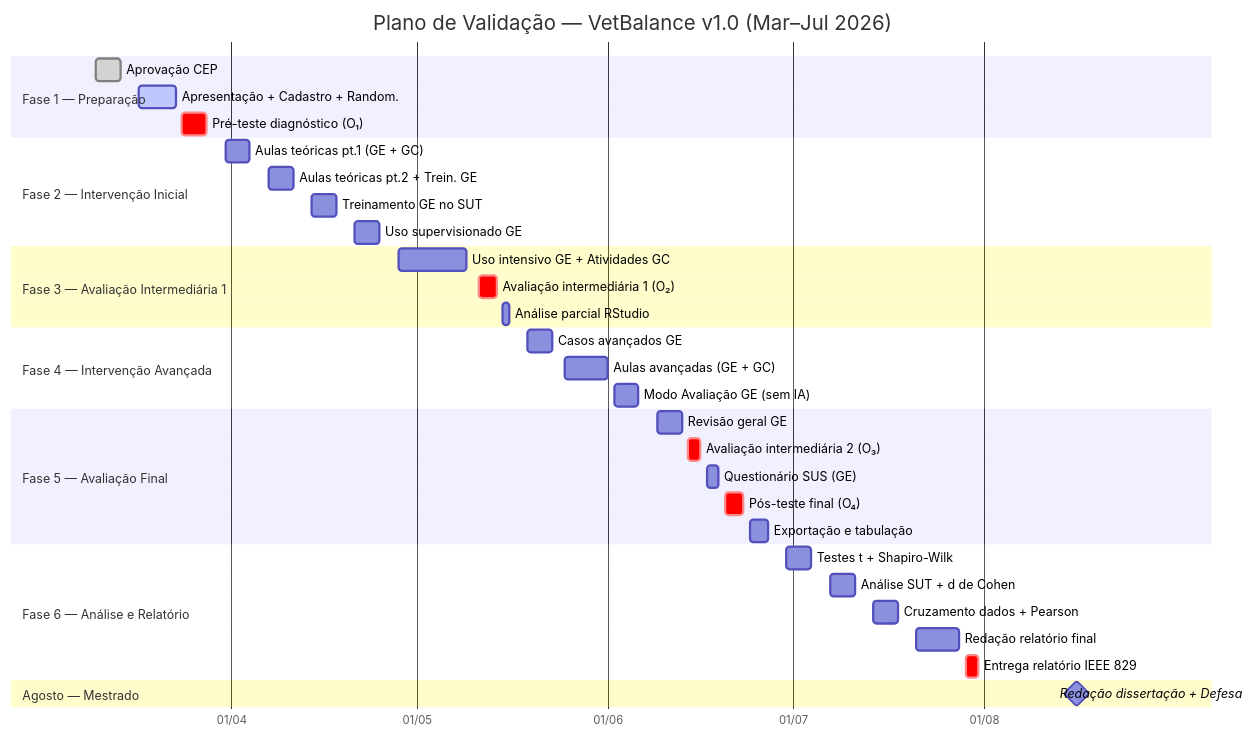
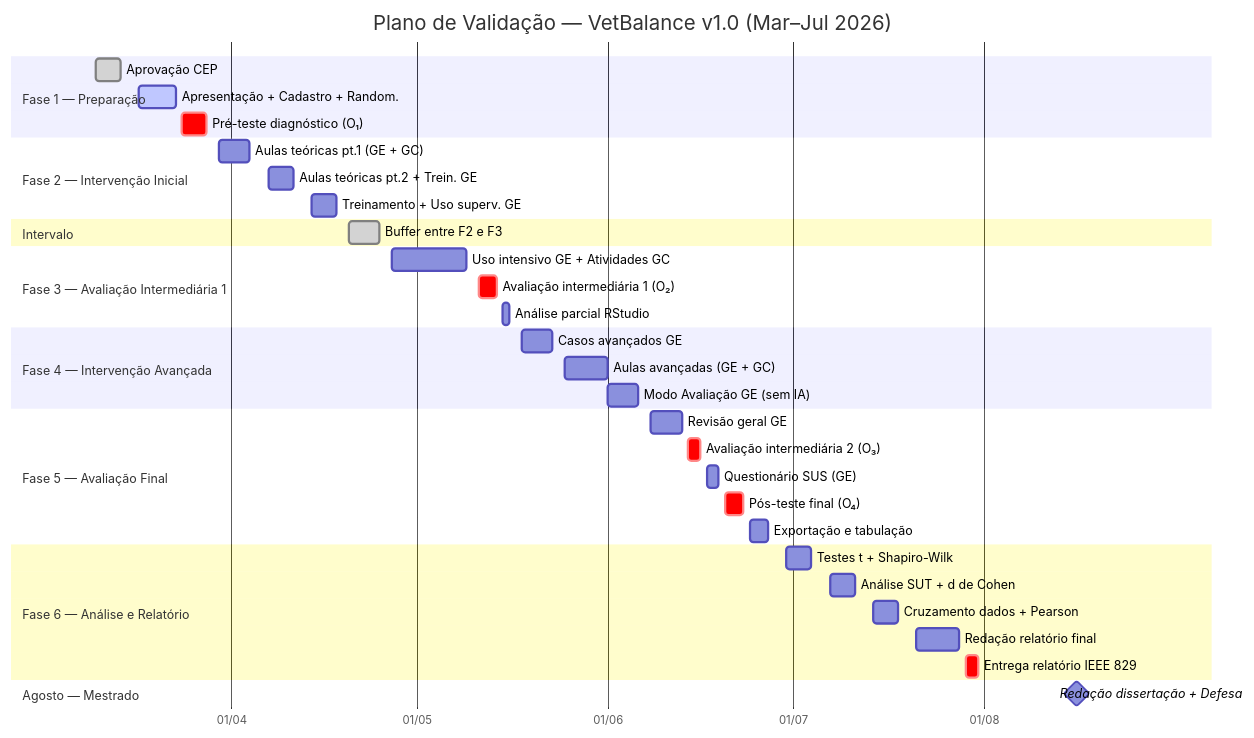
One commit to KyoFaBraL/vet-sim-buddy changed the diagram in CRONOGRAMA_VALIDACAO.md. Above: the diagram before and after it, drawn with Mermaid.

Commit message:
Realinhar cronograma 9.1

````diff
--- a/CRONOGRAMA_VALIDACAO.md
+++ b/CRONOGRAMA_VALIDACAO.md
@@ -337,44 +337,46 @@
 ```mermaid
 gantt
     title Plano de Validação — VetBalance v1.0 (Mar–Jul 2026)
     dateFormat  YYYY-MM-DD
     axisFormat  %d/%m
 
     section Fase 1 — Preparação
     Aprovação CEP                     :done, f1a, 2026-03-10, 2026-03-14
     Apresentação + Cadastro + Random. :active, f1b, 2026-03-17, 2026-03-23
     Pré-teste diagnóstico (O₁)       :crit, f1c, 2026-03-24, 2026-03-28
 
     section Fase 2 — Intervenção Inicial
-    Aulas teóricas pt.1 (GE + GC)    :f2a, 2026-03-31, 2026-04-04
+    Aulas teóricas pt.1 (GE + GC)    :f2a, 2026-03-30, 2026-04-04
     Aulas teóricas pt.2 + Trein. GE  :f2b, 2026-04-07, 2026-04-11
-    Treinamento GE no SUT            :f2c, 2026-04-14, 2026-04-18
-    Uso supervisionado GE            :f2d, 2026-04-21, 2026-04-25
+    Treinamento + Uso superv. GE     :f2c, 2026-04-14, 2026-04-18
+
+    section Intervalo
+    Buffer entre F2 e F3             :done, buf, 2026-04-20, 2026-04-25
 
     section Fase 3 — Avaliação Intermediária 1
-    Uso intensivo GE + Atividades GC :f3a, 2026-04-28, 2026-05-09
+    Uso intensivo GE + Atividades GC :f3a, 2026-04-27, 2026-05-09
     Avaliação intermediária 1 (O₂)  :crit, f3b, 2026-05-11, 2026-05-14
     Análise parcial RStudio          :f3c, 2026-05-15, 2026-05-16
 
     section Fase 4 — Intervenção Avançada
-    Casos avançados GE               :f4a, 2026-05-19, 2026-05-23
+    Casos avançados GE               :f4a, 2026-05-18, 2026-05-23
     Aulas avançadas (GE + GC)        :f4b, 2026-05-25, 2026-06-01
-    Modo Avaliação GE (sem IA)       :f4c, 2026-06-02, 2026-06-06
+    Modo Avaliação GE (sem IA)       :f4c, 2026-06-01, 2026-06-06
 
     section Fase 5 — Avaliação Final
-    Revisão geral GE                 :f5a, 2026-06-09, 2026-06-13
+    Revisão geral GE                 :f5a, 2026-06-08, 2026-06-13
     Avaliação intermediária 2 (O₃)  :crit, f5b, 2026-06-14, 2026-06-16
     Questionário SUS (GE)            :f5c, 2026-06-17, 2026-06-19
     Pós-teste final (O₄)            :crit, f5d, 2026-06-20, 2026-06-23
     Exportação e tabulação           :f5e, 2026-06-24, 2026-06-27
 
     section Fase 6 — Análise e Relatório
     Testes t + Shapiro-Wilk          :f6a, 2026-06-30, 2026-07-04
     Análise SUT + d de Cohen         :f6b, 2026-07-07, 2026-07-11
     Cruzamento dados + Pearson       :f6c, 2026-07-14, 2026-07-18
     Redação relatório final          :f6d, 2026-07-21, 2026-07-28
     Entrega relatório IEEE 829       :crit, f6e, 2026-07-29, 2026-07-31
 
     section Agosto — Mestrado
     Redação dissertação + Defesa     :milestone, m1, 2026-08-01, 2026-08-31
 ```
````
